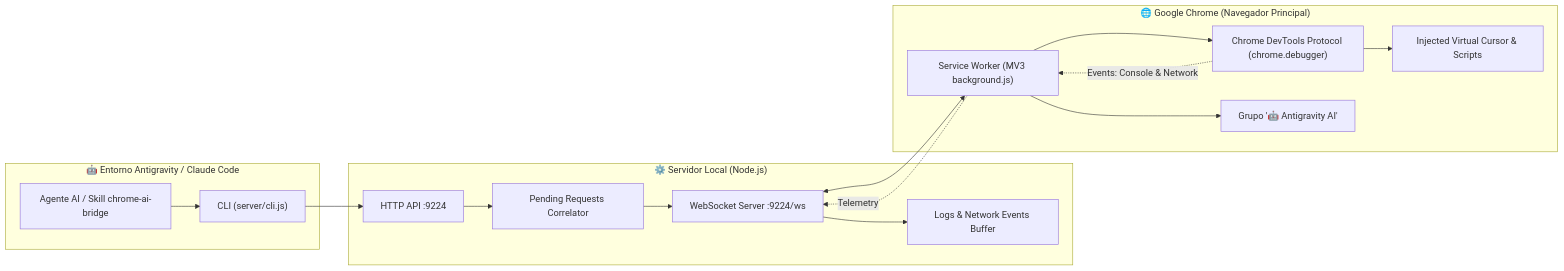
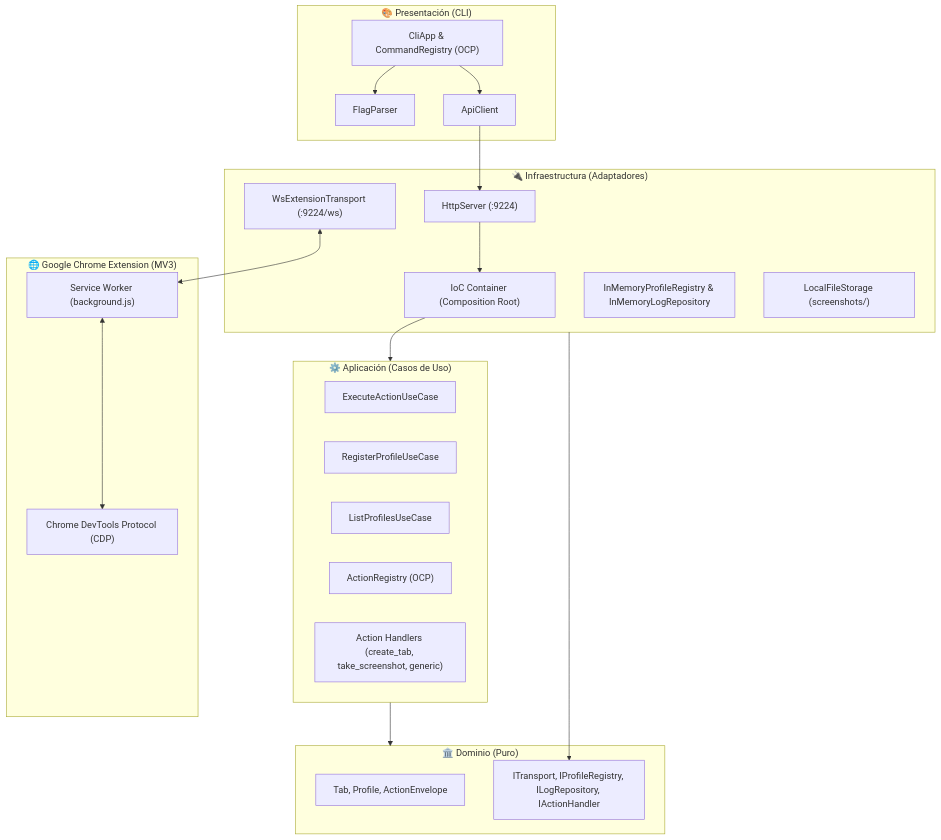
One commit to yogui-dev/chrome-ai-bridge changed the diagram in README.md. Above: the diagram before and after it, drawn with Mermaid. The commit also changed other lines of this file and 3 other files, not shown here.

````diff
--- a/README.md
+++ b/README.md
@@ -9,33 +11,44 @@
 ```mermaid
-flowchart LR
-    subgraph Antigravity["🤖 Entorno Antigravity / Claude Code"]
-        CLI["CLI (server/cli.js)"]
-        Agent["Agente AI / Skill chrome-ai-bridge"]
+flowchart TD
+    subgraph Presentation["🎨 Presentación (CLI)"]
+        CliApp["CliApp & CommandRegistry (OCP)"]
+        FlagParser["FlagParser"]
+        ApiClient["ApiClient"]
     end
 
-    subgraph Daemon["⚙️ Servidor Local (Node.js)"]
-        HTTP["HTTP API :9224"]
-        WS["WebSocket Server :9224/ws"]
-        ReqMap["Pending Requests Correlator"]
-        LogsBuf["Logs & Network Events Buffer"]
+    subgraph Application["⚙️ Aplicación (Casos de Uso)"]
+        ExecAction["ExecuteActionUseCase"]
+        RegProfile["RegisterProfileUseCase"]
+        ListProfiles["ListProfilesUseCase"]
+        ActionReg["ActionRegistry (OCP)"]
+        Handlers["Action Handlers (create_tab, take_screenshot, generic)"]
     end
 
-    subgraph Chrome["🌐 Google Chrome (Navegador Principal)"]
-        ExtSW["Service Worker (MV3 background.js)"]
-        CDP["Chrome DevTools Protocol (chrome.debugger)"]
-        DOM["Injected Virtual Cursor & Scripts"]
-        TabGrp["Grupo '🤖 Antigravity AI'"]
+    subgraph Domain["🏛️ Dominio (Puro)"]
+        Entities["Tab, Profile, ActionEnvelope"]
+        Contracts["ITransport, IProfileRegistry, ILogRepository, IActionHandler"]
     end
 
-    Agent --> CLI
-    CLI --> HTTP
-    HTTP --> ReqMap
-    ReqMap --> WS
-    WS <--> ExtSW
-    ExtSW --> CDP
-    ExtSW --> TabGrp
-    CDP --> DOM
-    CDP -. Events: Console & Network .-> ExtSW
-    ExtSW -. Telemetry .-> WS
-    WS --> LogsBuf
+    subgraph Infrastructure["🔌 Infraestructura (Adaptadores)"]
+        Container["IoC Container (Composition Root)"]
+        HttpServer["HttpServer (:9224)"]
+        WsTransport["WsExtensionTransport (:9224/ws)"]
+        InMemoryReg["InMemoryProfileRegistry & InMemoryLogRepository"]
+        FileStorage["LocalFileStorage (screenshots/)"]
+    end
+
+    subgraph Chrome["🌐 Google Chrome Extension (MV3)"]
+        ExtSW["Service Worker (background.js)"]
+        CDP["Chrome DevTools Protocol (CDP)"]
+    end
+
+    CliApp --> FlagParser
+    CliApp --> ApiClient
+    ApiClient --> HttpServer
+    HttpServer --> Container
+    Container --> Application
+    Application --> Domain
+    Infrastructure --> Contracts
+    WsTransport <--> ExtSW
+    ExtSW <--> CDP
 ```
````
